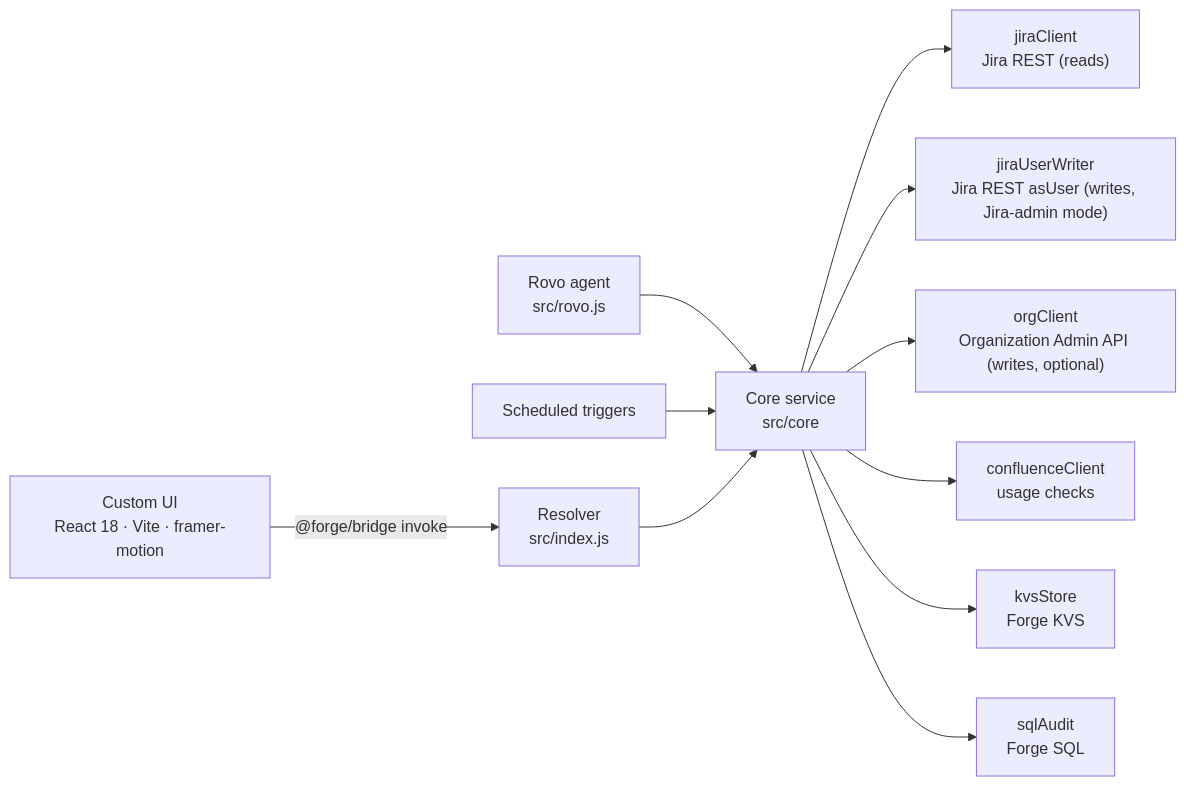
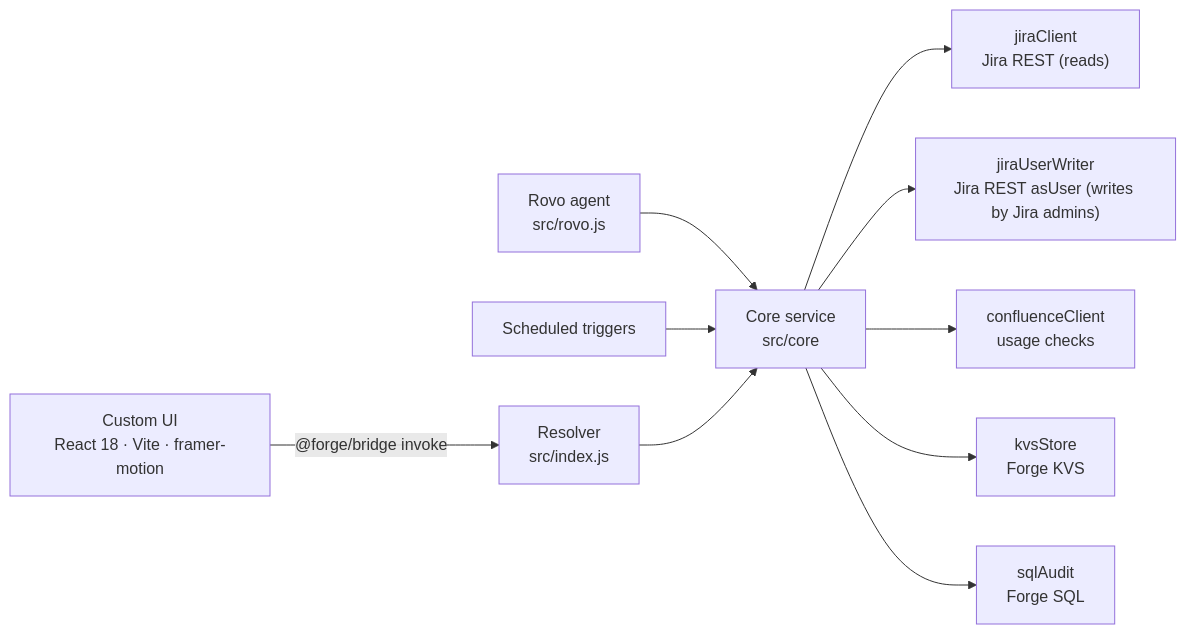
The diagram in README.md (DevSUPERPORT/User-Group-Management-App-for-Jira), drawn with Mermaid before and after one commit. The commit also changed other lines of this file and 41 other files, not shown here.

````diff
--- a/README.md
+++ b/README.md
@@ -68,13 +71,12 @@
 ```mermaid
 flowchart LR
     UI["Custom UI<br/>React 18 · Vite · framer-motion"] -->|"@forge/bridge invoke"| R["Resolver<br/>src/index.js"]
     Rovo["Rovo agent<br/>src/rovo.js"] --> S
     Jobs["Scheduled triggers"] --> S
     R --> S["Core service<br/>src/core"]
     S --> J["jiraClient<br/>Jira REST (reads)"]
-    S --> U["jiraUserWriter<br/>Jira REST asUser (writes, Jira-admin mode)"]
-    S --> O["orgClient<br/>Organization Admin API (writes, optional)"]
+    S --> U["jiraUserWriter<br/>Jira REST asUser (writes by Jira admins)"]
     S --> C["confluenceClient<br/>usage checks"]
     S --> K["kvsStore<br/>Forge KVS"]
     S --> A["sqlAudit<br/>Forge SQL"]
 ```
````
